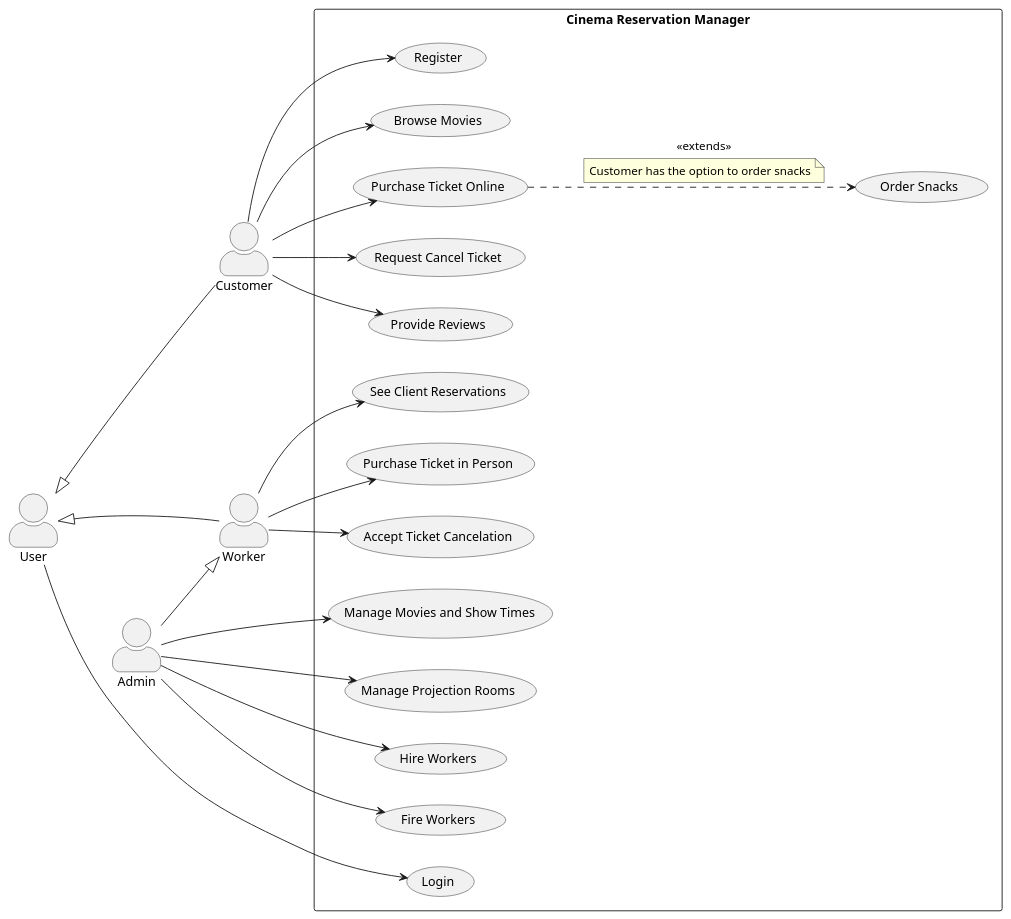
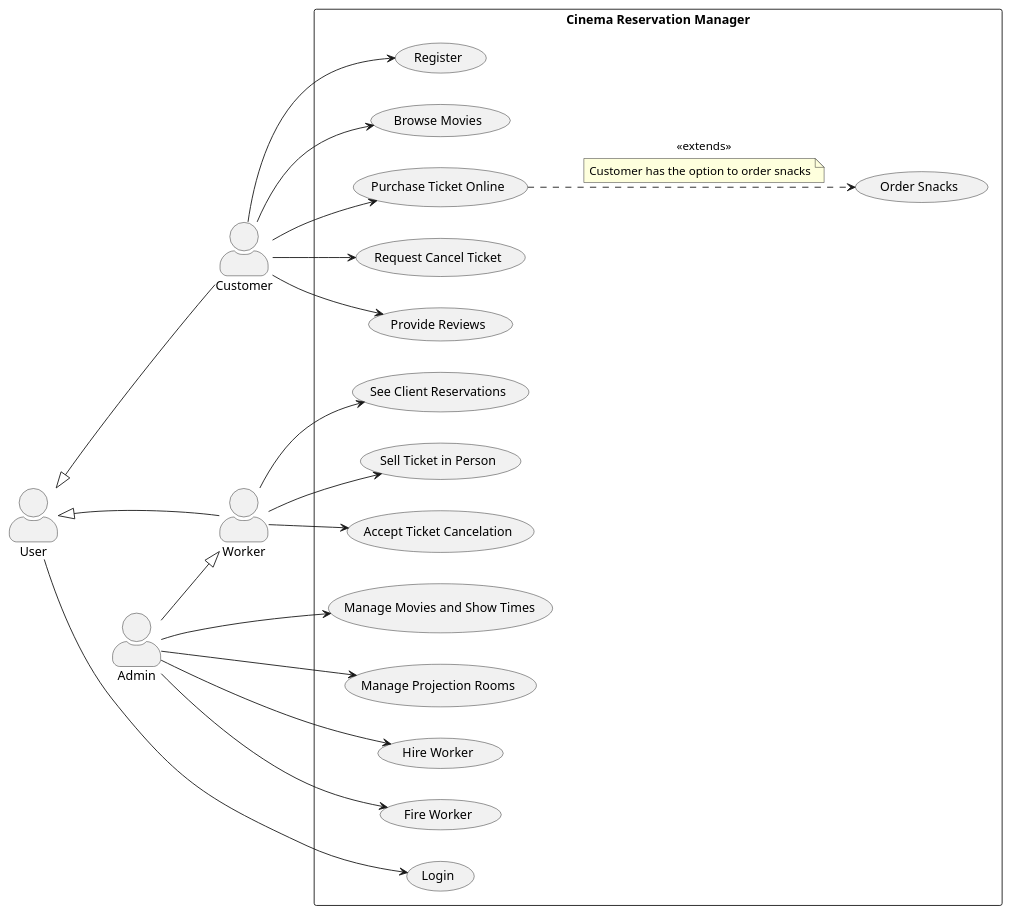
The diagram in docs/UseCaseDiagram.puml (BenatErzibengoa/Cinema-app), drawn with PlantUML before and after one commit.

Commit message:
Small Update of UseCaseDiagram.puml

```diff
--- a/docs/UseCaseDiagram.puml
+++ b/docs/UseCaseDiagram.puml
@@ -1,65 +1,65 @@
 @startuml
 skinparam actorStyle awesome
 left to right direction
 
 ' Define all actors
 actor User as U
 actor Customer
 actor Worker
 actor Admin
 
 ' Move "User" behind other actors
 U -[hidden]-> Customer
 U -[hidden]-> Worker
 U -[hidden]-> Admin
 
 ' Define generalizations
 Customer --|> U
 Worker --|> U
 Admin --|> Worker
 
 rectangle "Cinema Reservation Manager" {
     (Register) as UC1
     (Login) as UC2
     (Browse Movies) as UC3
     (Purchase Ticket Online) as UC4
     (Order Snacks) as UC5
     (Request Cancel Ticket) as UC6
     (Provide Reviews) as UC7
     (See Client Reservations) as UC8
     (Manage Movies and Show Times) as UC9
     (Manage Projection Rooms) as UC10
    ' (Generate Revenue Report) as UC
-    (Hire Workers) as UC11
-    (Fire Workers) as UC12
-    (Purchase Ticket in Person) as UC13
+    (Hire Worker) as UC11
+    (Fire Worker) as UC12
+    (Sell Ticket in Person) as UC13
     (Accept Ticket Cancelation) as UC14
 
     ' User interactions
     U --> UC2
 
     ' Customer interactions
     Customer --> UC1
     Customer --> UC3
     Customer --> UC4
     Customer --> UC6
     Customer --> UC7
 
     ' Worker interactions
     Worker --> UC8
     Worker --> UC13
     Worker --> UC14
 
     ' Extend relationship for ordering snacks
     UC4 ..> UC5 : <<extends>>
     note on link
        Customer has the option to order snacks
     end note
 
     ' Admin interactions
     Admin --> UC9
     Admin --> UC10
     Admin --> UC12
     Admin --> UC11
 }
 @enduml
```
